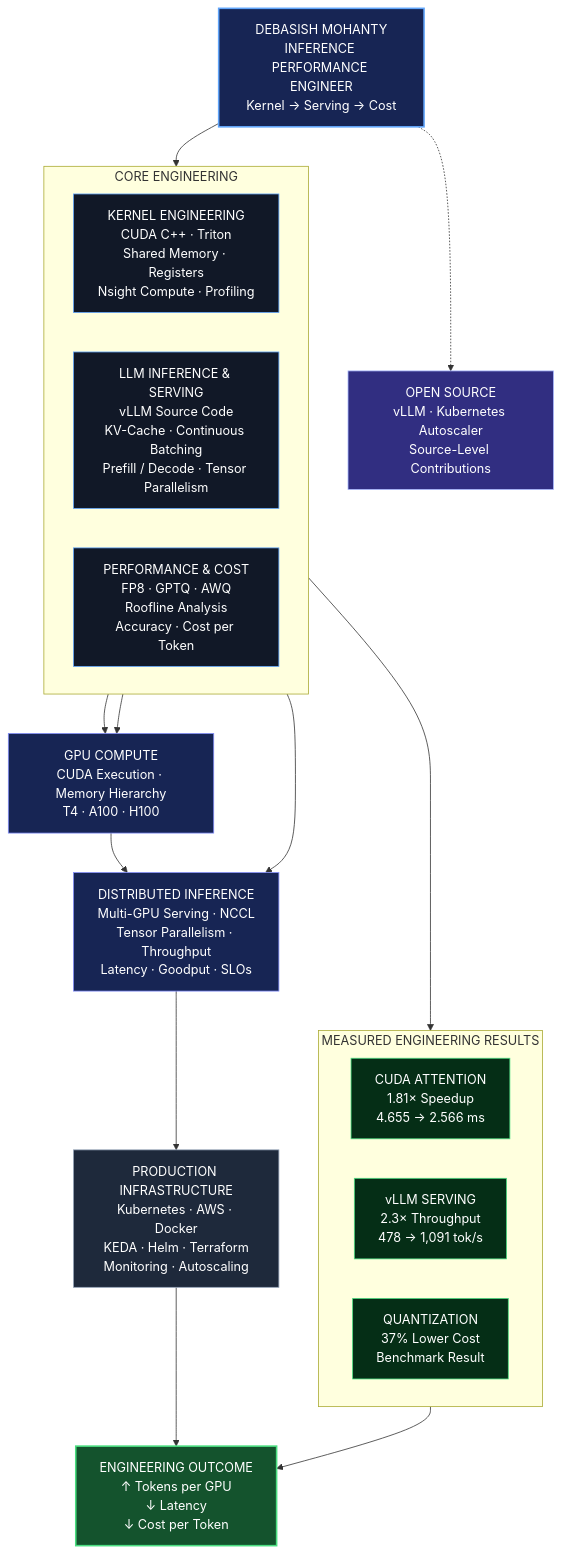
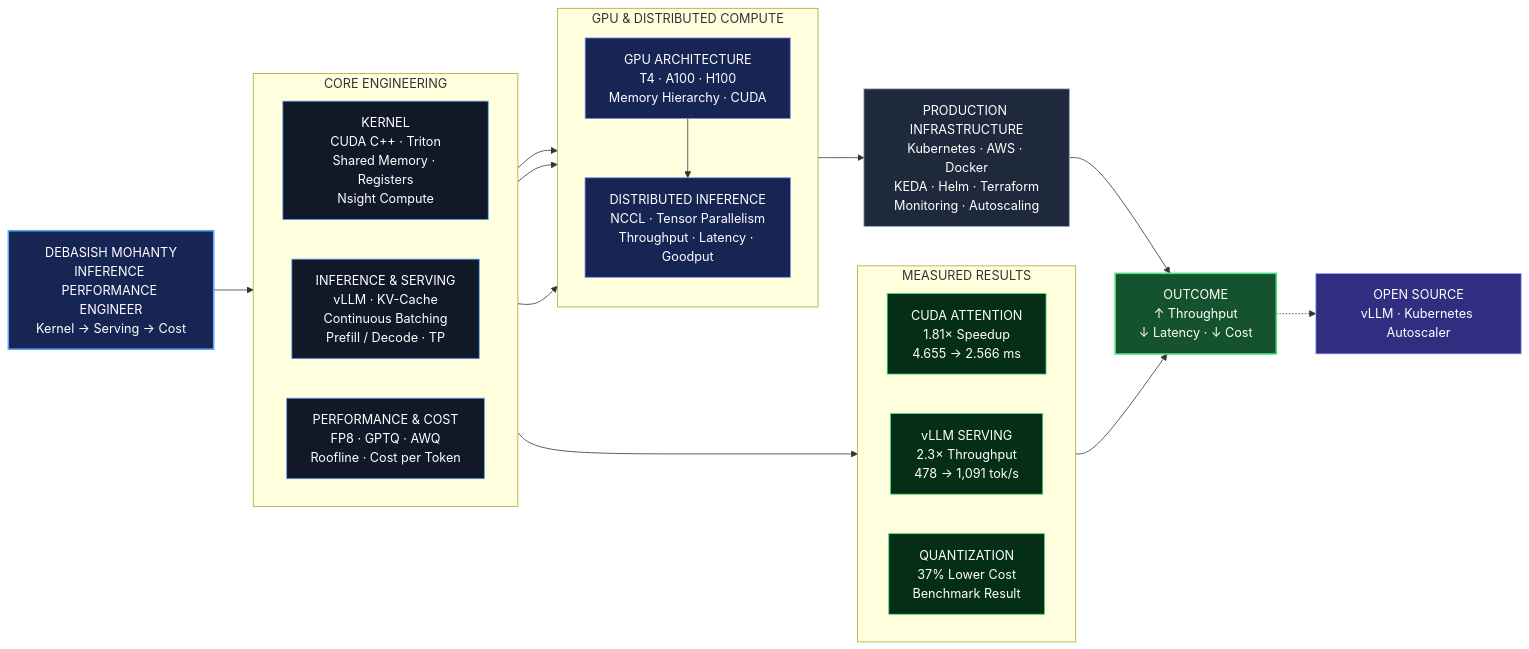
Before and after one commit to Debasish-87/Debasish-87: the diagram in README.md, drawn with Mermaid.

Commit message:
Revise flowchart terminology and structure
Updated the flowchart in the README to reflect changes in terminology and structure.

````diff
--- a/README.md
+++ b/README.md
@@ -6,52 +6,54 @@
 ```mermaid
-flowchart TB
+flowchart LR
     A["DEBASISH MOHANTY<br/>INFERENCE PERFORMANCE ENGINEER<br/>Kernel → Serving → Cost"]
 
     subgraph CORE["CORE ENGINEERING"]
         direction LR
-        K["KERNEL ENGINEERING<br/>CUDA C++ · Triton<br/>Shared Memory · Registers<br/>Nsight Compute · Profiling"]
-        S["LLM INFERENCE & SERVING<br/>vLLM Source Code<br/>KV-Cache · Continuous Batching<br/>Prefill / Decode · Tensor Parallelism"]
-        C["PERFORMANCE & COST<br/>FP8 · GPTQ · AWQ<br/>Roofline Analysis<br/>Accuracy · Cost per Token"]
+        K["KERNEL<br/>CUDA C++ · Triton<br/>Shared Memory · Registers<br/>Nsight Compute"]
+        S["INFERENCE & SERVING<br/>vLLM · KV-Cache<br/>Continuous Batching<br/>Prefill / Decode · TP"]
+        C["PERFORMANCE & COST<br/>FP8 · GPTQ · AWQ<br/>Roofline · Cost per Token"]
     end
 
-    G["GPU COMPUTE<br/>CUDA Execution · Memory Hierarchy<br/>T4 · A100 · H100"]
-
-    D["DISTRIBUTED INFERENCE<br/>Multi-GPU Serving · NCCL<br/>Tensor Parallelism · Throughput<br/>Latency · Goodput · SLOs"]
+    subgraph GPU["GPU & DISTRIBUTED COMPUTE"]
+        direction TB
+        G["GPU ARCHITECTURE<br/>T4 · A100 · H100<br/>Memory Hierarchy · CUDA"]
+        D["DISTRIBUTED INFERENCE<br/>NCCL · Tensor Parallelism<br/>Throughput · Latency · Goodput"]
+    end
 
     I["PRODUCTION INFRASTRUCTURE<br/>Kubernetes · AWS · Docker<br/>KEDA · Helm · Terraform<br/>Monitoring · Autoscaling"]
 
-    subgraph PROOF["MEASURED ENGINEERING RESULTS"]
+    subgraph RESULTS["MEASURED RESULTS"]
         direction LR
         P1["CUDA ATTENTION<br/>1.81× Speedup<br/>4.655 → 2.566 ms"]
         P2["vLLM SERVING<br/>2.3× Throughput<br/>478 → 1,091 tok/s"]
         P3["QUANTIZATION<br/>37% Lower Cost<br/>Benchmark Result"]
     end
 
-    O["ENGINEERING OUTCOME<br/>↑ Tokens per GPU<br/>↓ Latency<br/>↓ Cost per Token"]
+    O["OUTCOME<br/>↑ Throughput<br/>↓ Latency · ↓ Cost"]
 
-    OSS["OPEN SOURCE<br/>vLLM · Kubernetes Autoscaler<br/>Source-Level Contributions"]
+    OSS["OPEN SOURCE<br/>vLLM · Kubernetes Autoscaler"]
 
     A --> CORE
     K --> G
     S --> D
     C --> G
     G --> D
     D --> I
+    CORE --> RESULTS
     I --> O
-    CORE --> PROOF
-    PROOF --> O
-    A -.-> OSS
+    RESULTS --> O
+    O -.-> OSS
 
-    style A fill:#172554,stroke:#60a5fa,color:#ffffff,stroke-width:2px
-    style K fill:#111827,stroke:#60a5fa,color:#ffffff
-    style S fill:#111827,stroke:#60a5fa,color:#ffffff
-    style C fill:#111827,stroke:#60a5fa,color:#ffffff
-    style G fill:#172554,stroke:#818cf8,color:#ffffff
-    style D fill:#172554,stroke:#818cf8,color:#ffffff
-    style I fill:#1e293b,stroke:#94a3b8,color:#ffffff
-    style P1 fill:#052e16,stroke:#4ade80,color:#ffffff
-    style P2 fill:#052e16,stroke:#4ade80,color:#ffffff
-    style P3 fill:#052e16,stroke:#4ade80,color:#ffffff
-    style O fill:#14532d,stroke:#4ade80,color:#ffffff,stroke-width:2px
-    style OSS fill:#312e81,stroke:#a5b4fc,color:#ffffff
+    style A fill:#172554,stroke:#60a5fa,color:#fff,stroke-width:2px
+    style K fill:#111827,stroke:#60a5fa,color:#fff
+    style S fill:#111827,stroke:#60a5fa,color:#fff
+    style C fill:#111827,stroke:#60a5fa,color:#fff
+    style G fill:#172554,stroke:#818cf8,color:#fff
+    style D fill:#172554,stroke:#818cf8,color:#fff
+    style I fill:#1e293b,stroke:#94a3b8,color:#fff
+    style P1 fill:#052e16,stroke:#4ade80,color:#fff
+    style P2 fill:#052e16,stroke:#4ade80,color:#fff
+    style P3 fill:#052e16,stroke:#4ade80,color:#fff
+    style O fill:#14532d,stroke:#4ade80,color:#fff,stroke-width:2px
+    style OSS fill:#312e81,stroke:#a5b4fc,color:#fff
 ```
````
